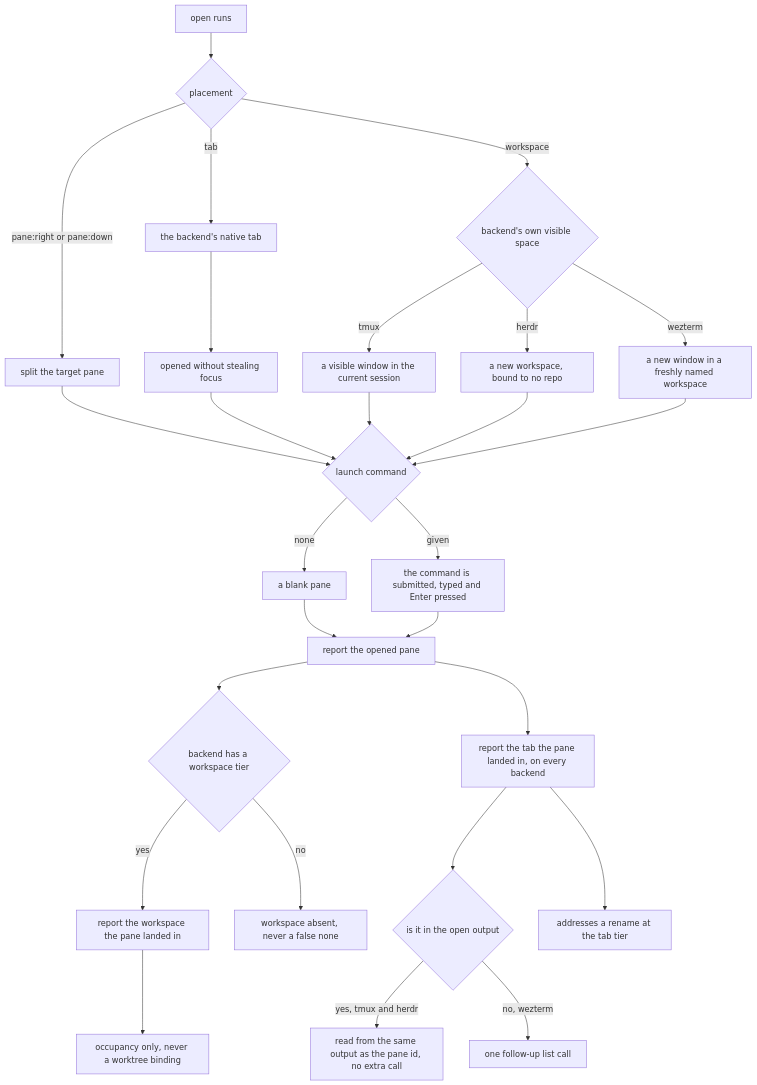
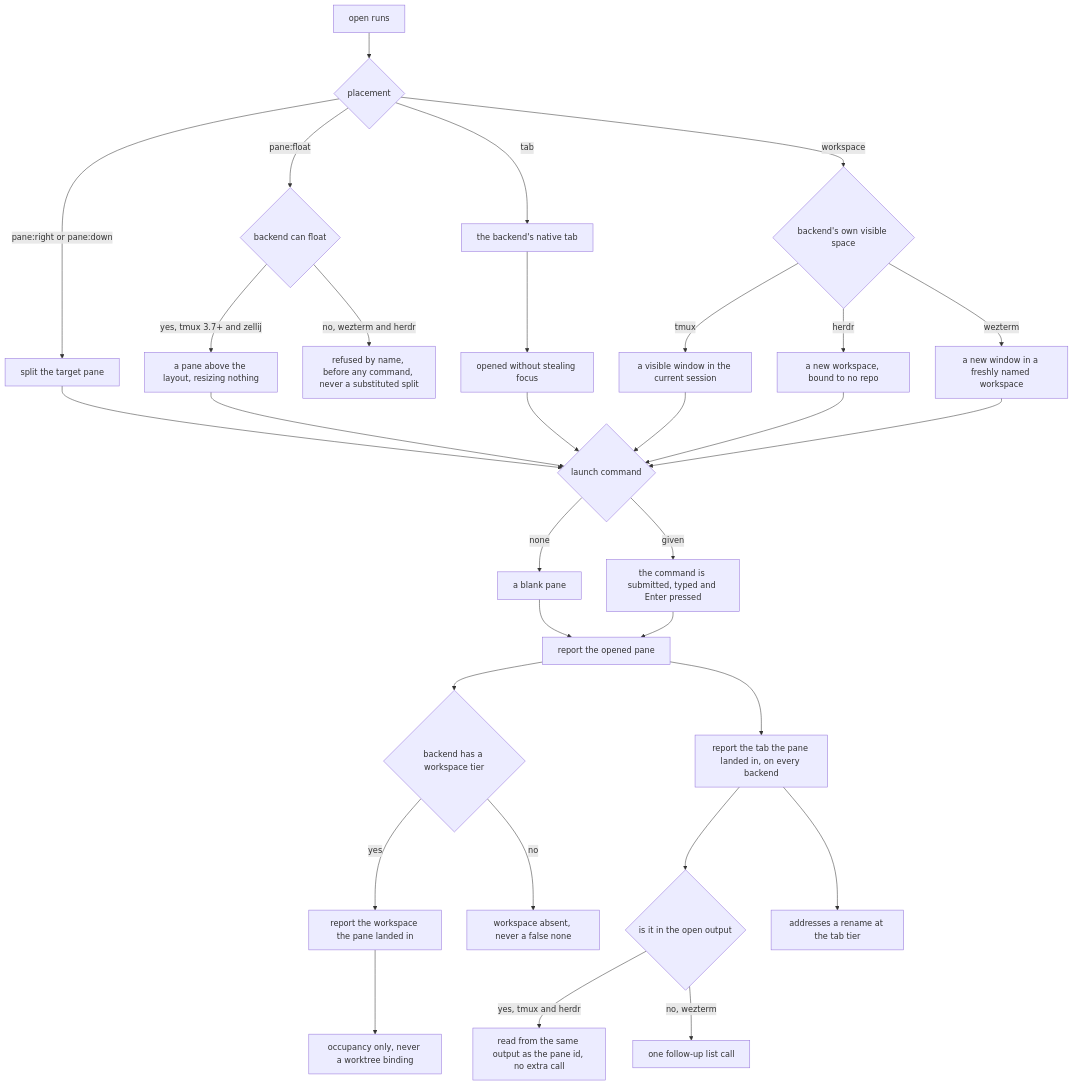
The first of 4 diagrams in packages/cyber-mux/.agents/spec/mux/placement/README.md (cyberuni/cyber-mux), drawn with Mermaid before and after one commit. The commit also changed other lines of this file and 19 other files, not shown here.

````diff
--- a/packages/cyber-mux/.agents/spec/mux/placement/README.md
+++ b/packages/cyber-mux/.agents/spec/mux/placement/README.md
@@ -241,29 +281,33 @@
 ```mermaid
 graph TD
   O["open runs"] --> AT{"placement"}
   AT -->|"pane:right or pane:down"| SPLIT["split the target pane"]
+  AT -->|"pane:float"| CANF{"backend can float"}
+  CANF -->|"yes, tmux 3.7+ and zellij"| FLOAT["a pane above the layout, resizing nothing"]
+  CANF -->|"no, wezterm and herdr"| REFUSE["refused by name, before any command, never a substituted split"]
+  FLOAT --> LAUNCH
   AT -->|"tab"| TAB["the backend's native tab"]
   AT -->|"workspace"| WS{"backend's own visible space"}
   WS -->|"tmux"| WT["a visible window in the current session"]
   WS -->|"herdr"| WH["a new workspace, bound to no repo"]
   WS -->|"wezterm"| WW["a new window in a freshly named workspace"]
   TAB --> BG["opened without stealing focus"]
   SPLIT --> LAUNCH
   BG --> LAUNCH
   WT --> LAUNCH
   WH --> LAUNCH
   WW --> LAUNCH{"launch command"}
   LAUNCH -->|"none"| BLANK["a blank pane"]
   LAUNCH -->|"given"| SUB["the command is submitted, typed and Enter pressed"]
   BLANK --> REP["report the opened pane"]
   SUB --> REP
   REP --> WSR{"backend has a workspace tier"}
   WSR -->|"yes"| WSY["report the workspace the pane landed in"]
   WSR -->|"no"| WSN["workspace absent, never a false none"]
   REP --> TABR["report the tab the pane landed in, on every backend"]
   TABR --> SRC{"is it in the open output"}
   SRC -->|"yes, tmux and herdr"| FREE["read from the same output as the pane id, no extra call"]
   SRC -->|"no, wezterm"| FOLLOW["one follow-up list call"]
   WSY --> OCC["occupancy only, never a worktree binding"]
   TABR --> RENAMEABLE["addresses a rename at the tab tier"]
 ```
````
